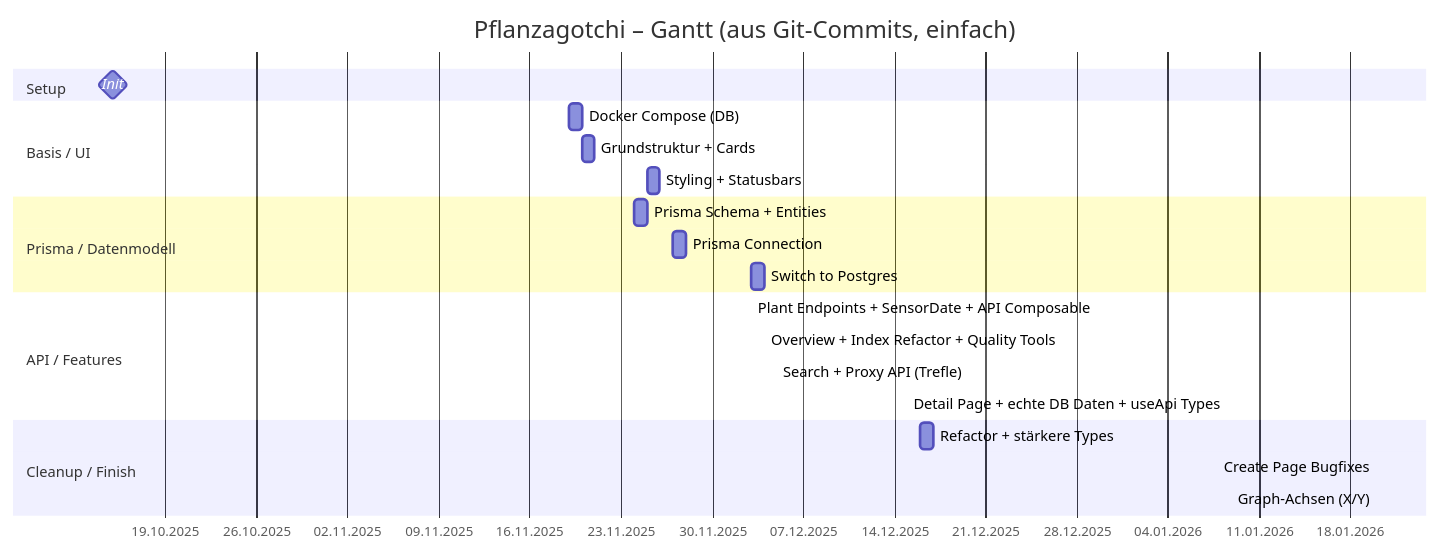
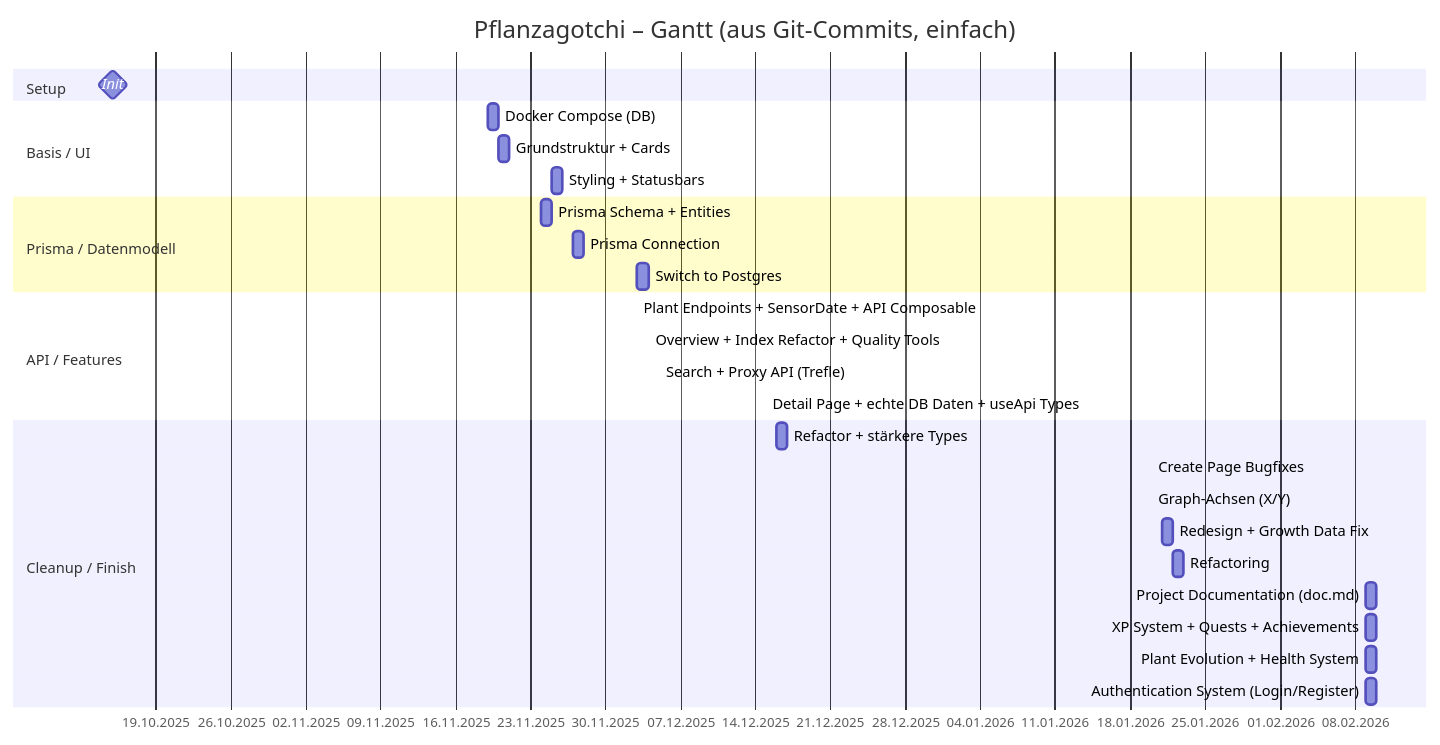
The diagram in gant.mmd (dominik-kretschmer/Pflanzagotchi), drawn with Mermaid before and after one commit. The commit also changed 29 other files, not shown here.

```diff
--- a/gant.mmd
+++ b/gant.mmd
@@ -1,28 +1,34 @@
 gantt
     title Pflanzagotchi – Gantt (aus Git-Commits, einfach)
     dateFormat  YYYY-MM-DD
     axisFormat  %d.%m.%Y
 
     section Setup
         Init :milestone, m1, 2025-10-15, 0d
 
     section Basis / UI
         Docker Compose (DB) :a1, 2025-11-19, 1d
         Grundstruktur + Cards :a2, 2025-11-20, 1d
         Styling + Statusbars :a3, 2025-11-25, 1d
 
     section Prisma / Datenmodell
         Prisma Schema + Entities :a4, 2025-11-24, 1d
         Prisma Connection :a5, 2025-11-27, 1d
         Switch to Postgres :a6, 2025-12-03, 1d
 
     section API / Features
         Plant Endpoints + SensorDate + API Composable :a7, 2025-12-03, 2025-12-03
         Overview + Index Refactor + Quality Tools :a8, 2025-12-04, 2025-12-04
         Search + Proxy API (Trefle) :a9, 2025-12-05, 2025-12-05
         Detail Page + echte DB Daten + useApi Types :a10, 2025-12-15, 2025-12-15
 
     section Cleanup / Finish
         Refactor + stärkere Types :a11, 2025-12-16, 2025-12-17
         Create Page Bugfixes :a12, 2026-01-20, 2026-01-20
         Graph-Achsen (X/Y) :a13, 2026-01-20, 2026-01-20
+        Redesign + Growth Data Fix :a14, 2026-01-21, 1d
+        Refactoring :a15, 2026-01-22, 1d
+        Project Documentation (doc.md) :a16, 2026-02-09, 1d
+        XP System + Quests + Achievements :a17, 2026-02-09, 1d
+        Plant Evolution + Health System :a18, 2026-02-09, 1d
+        Authentication System (Login/Register) :a19, 2026-02-09, 1d
```
